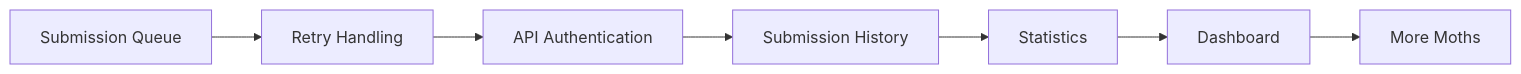
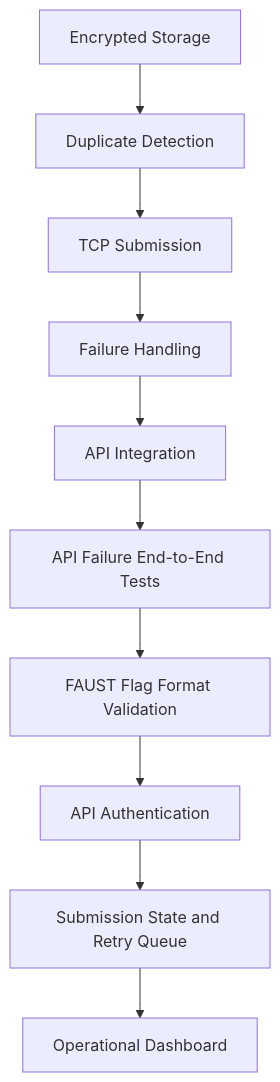
Before and after one commit to Denis-Krueger-labs/MOTH: diagram 12 of 12 in README.md, drawn with Mermaid. The commit also changed other lines of this file and 2 other files, not shown here.

Commit message:
mof documented the nest and wired the flag path

````diff
--- a/README.md
+++ b/README.md
@@ -578,12 +850,12 @@
 ```mermaid
-flowchart LR
-    A[Submission Queue]
-    B[Retry Handling]
-    C[API Authentication]
-    D[Submission History]
-    E[Statistics]
-    F[Dashboard]
-    G[More Moths]
-
-    A --> B --> C --> D --> E --> F --> G
+flowchart TD
+    A[Encrypted Storage] --> B[Duplicate Detection]
+    B --> C[TCP Submission]
+    C --> D[Failure Handling]
+    D --> E[API Integration]
+    E --> F[API Failure End-to-End Tests]
+    F --> G[FAUST Flag Format Validation]
+    G --> H[API Authentication]
+    H --> I[Submission State and Retry Queue]
+    I --> J[Operational Dashboard]
 ```
````
